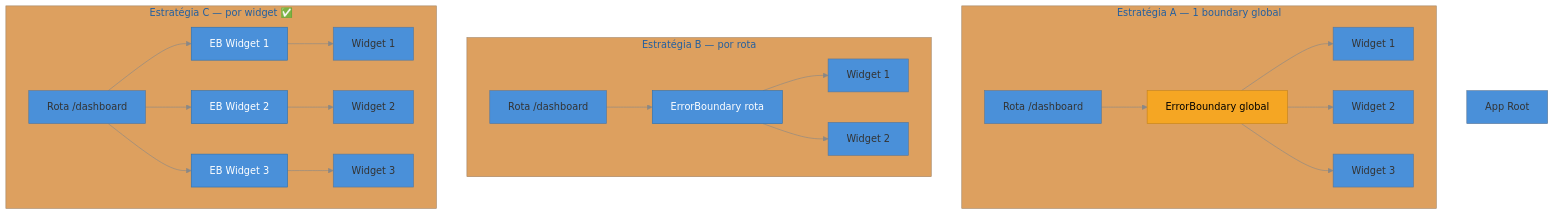
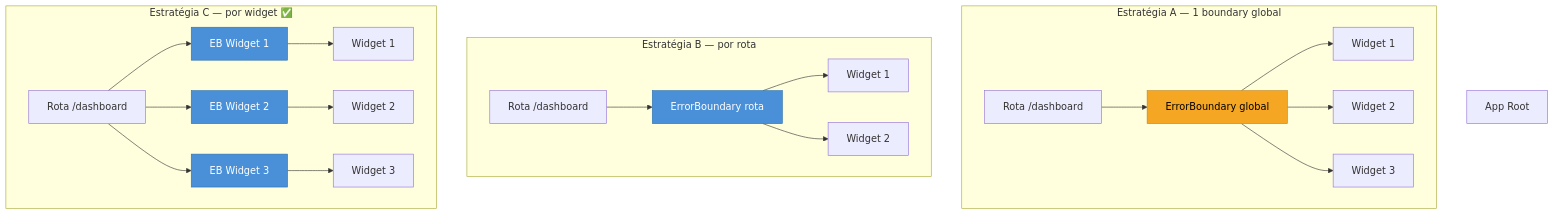
The second of 2 diagrams in 03-Dominios/Tecnologia/React/React core/18 - Error boundaries.md (josenaldo/codex-technomanticus), drawn with Mermaid before and after one commit. The commit also changed other lines of this file and 1181 other files, not shown here.

First line of the commit message:
fix(diagramas): paleta do sistema no lugar de cor cravada no markdown

````diff
--- a/03-Dominios/Tecnologia/React/React core/18 - Error boundaries.md
+++ b/03-Dominios/Tecnologia/React/React core/18 - Error boundaries.md
@@ -335,33 +334,32 @@
 ```mermaid
-%%{init: {"theme": "base", "themeVariables": {"primaryColor": "#4A90D9", "lineColor": "#888"}}}%%
 graph TD
+    classDef ok fill:#4A90D9,color:#fff,stroke:#2c6fad
+    classDef amber fill:#F5A623,color:#000,stroke:#c4831a
     App["App Root"]
 
     subgraph "Estratégia A — 1 boundary global"
         EB1["ErrorBoundary global"]:::amber
         R1["Rota /dashboard"] --> EB1
         EB1 --> W1["Widget 1"]
         EB1 --> W2["Widget 2"]
         EB1 --> W3["Widget 3"]
     end
 
     subgraph "Estratégia B — por rota"
         EB2["ErrorBoundary rota"]:::ok
         R2["Rota /dashboard"] --> EB2
         EB2 --> W4["Widget 1"]
         EB2 --> W5["Widget 2"]
     end
 
     subgraph "Estratégia C — por widget ✅"
         R3["Rota /dashboard"]
         R3 --> EB3["EB Widget 1"]:::ok
         R3 --> EB4["EB Widget 2"]:::ok
         R3 --> EB5["EB Widget 3"]:::ok
         EB3 --> W6["Widget 1"]
         EB4 --> W7["Widget 2"]
         EB5 --> W8["Widget 3"]
     end
 
-    classDef ok fill:#4A90D9,color:#fff,stroke:#2c6fad
-    classDef amber fill:#F5A623,color:#000,stroke:#c4831a
 ```
````
